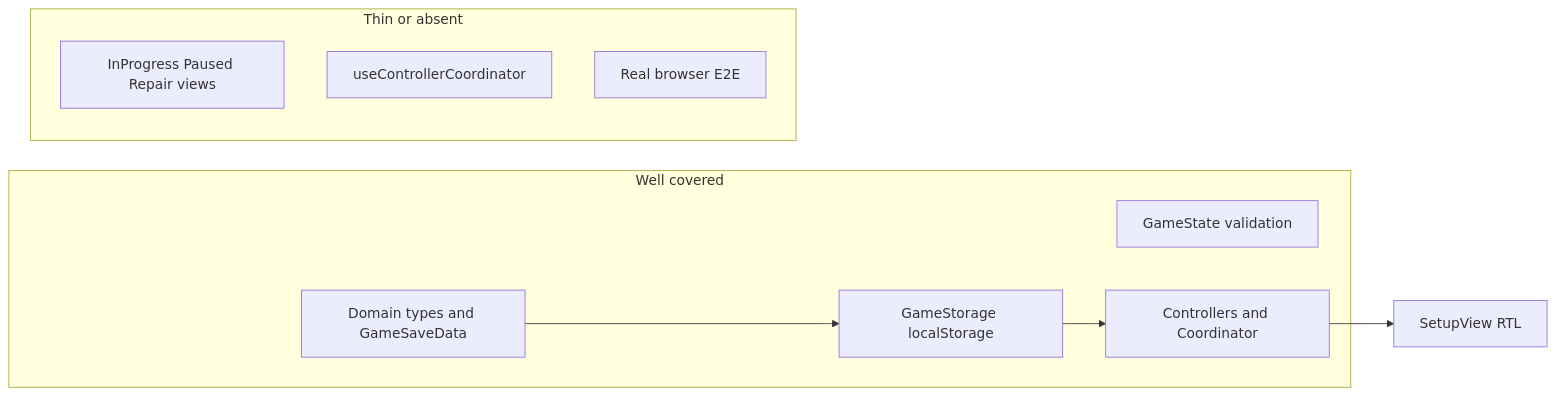
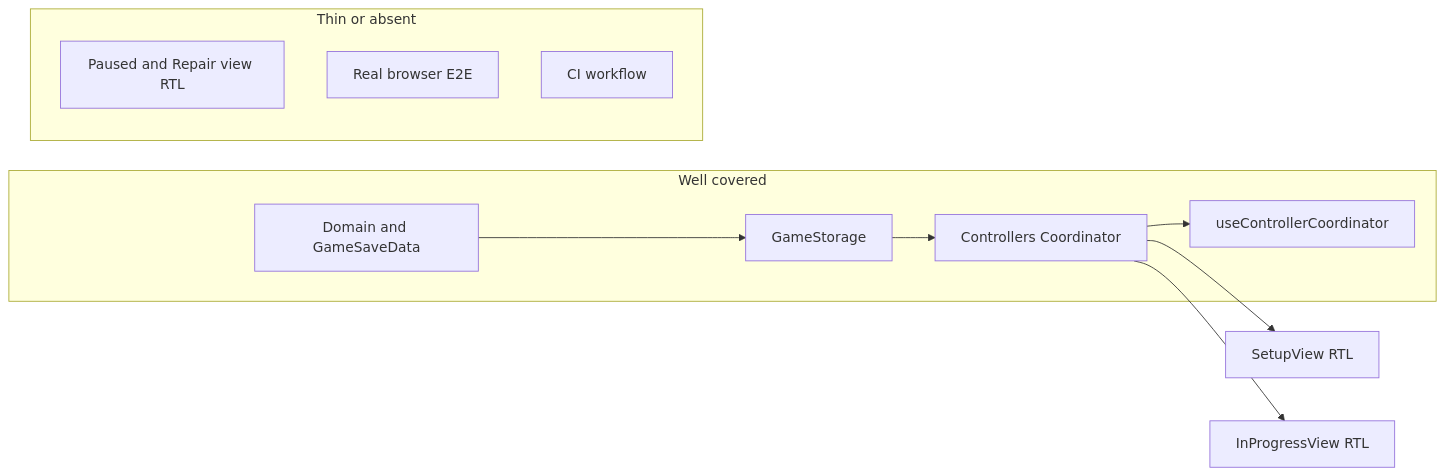
One commit to tallavi/catan-web changed the diagram in .cursor/plans/test_suite_audit_54a0cca5.plan.md. Above: the diagram before and after it, drawn with Mermaid. The commit also changed other lines of this file and 2 other files, not shown here.

````diff
--- a/.cursor/plans/test_suite_audit_54a0cca5.plan.md
+++ b/.cursor/plans/test_suite_audit_54a0cca5.plan.md
@@ -79,18 +78,21 @@
 ```mermaid
 flowchart LR
   subgraph covered [Well covered]
-    domain[Domain types and GameSaveData]
-    state[GameState validation]
-    storage[GameStorage localStorage]
-    ctrl[Controllers and Coordinator]
+    domain[Domain and GameSaveData]
+    storage[GameStorage]
+    ctrl[Controllers Coordinator]
+    hook[useControllerCoordinator]
   end
   subgraph partial [Thin or absent]
-    otherViews[InProgress Paused Repair views]
-    appHook[useControllerCoordinator]
+    pausedRepair[Paused and Repair view RTL]
     e2e[Real browser E2E]
+    ci[CI workflow]
   end
   setupView[SetupView RTL]
+  inProgressView[InProgressView RTL]
   domain --> storage
   storage --> ctrl
+  ctrl --> hook
   ctrl --> setupView
+  ctrl --> inProgressView
 ```
````
